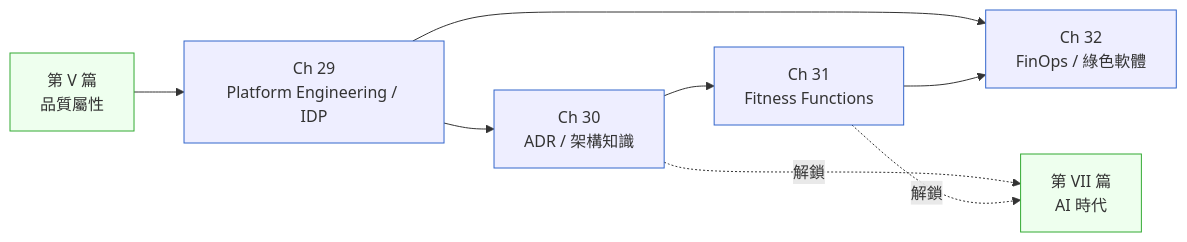
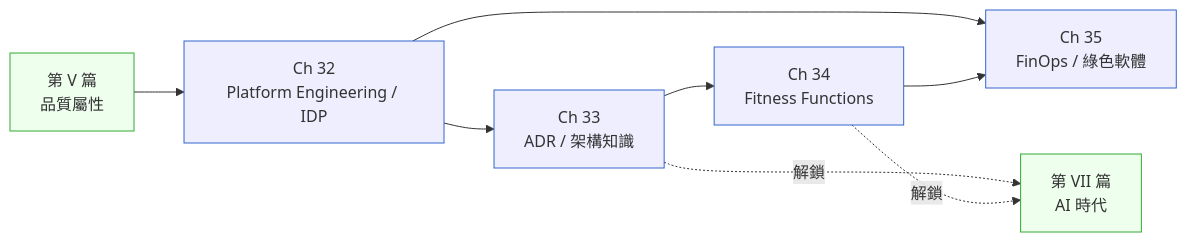
One commit to EddyKuo/sa-sd-playbook changed the diagram in book/part-06-engineering/00-overview.md. Above: the diagram before and after it, drawn with Mermaid. The commit also changed other lines of this file and 77 other files, not shown here.

````diff
--- a/book/part-06-engineering/00-overview.md
+++ b/book/part-06-engineering/00-overview.md
@@ -24,18 +24,18 @@
 ```mermaid
 flowchart LR
     V[第 V 篇<br/>品質屬性] --> CH29
 
-    CH29[Ch 29<br/>Platform Engineering / IDP] --> CH30[Ch 30<br/>ADR / 架構知識]
-    CH30 --> CH31[Ch 31<br/>Fitness Functions]
-    CH29 --> CH32[Ch 32<br/>FinOps / 綠色軟體]
+    CH29[Ch 32<br/>Platform Engineering / IDP] --> CH30[Ch 33<br/>ADR / 架構知識]
+    CH30 --> CH31[Ch 34<br/>Fitness Functions]
+    CH29 --> CH32[Ch 35<br/>FinOps / 綠色軟體]
     CH31 --> CH32
 
     CH30 -.解鎖.-> VII[第 VII 篇<br/>AI 時代]
     CH31 -.解鎖.-> VII
 
     classDef cold fill:#eef,stroke:#36c
     classDef goal fill:#efe,stroke:#3a3
     class CH29,CH30,CH31,CH32 cold
     class VII goal
     class V goal
 ```
````
